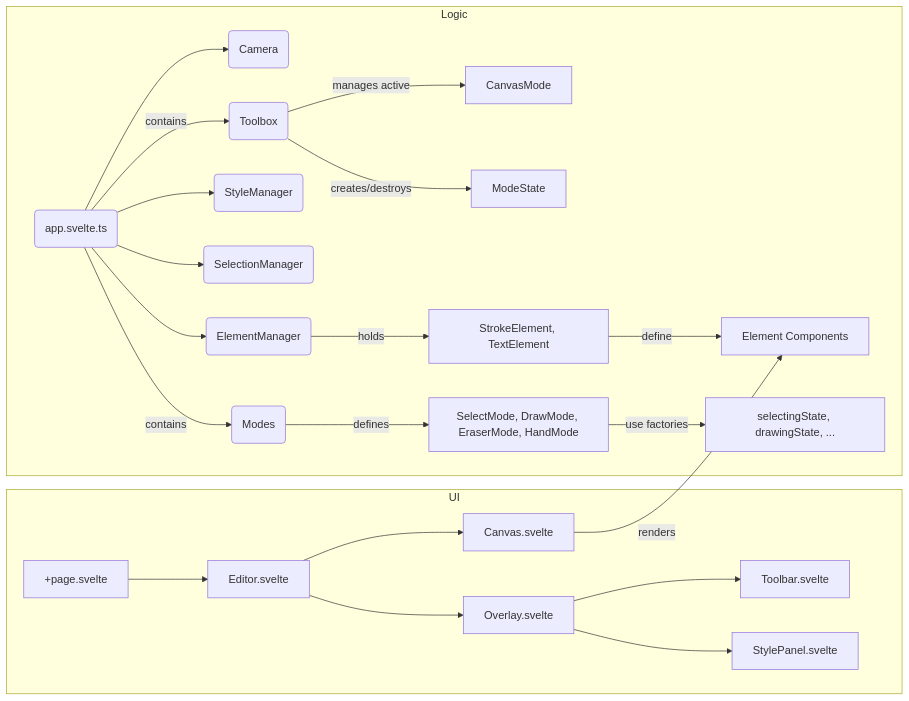
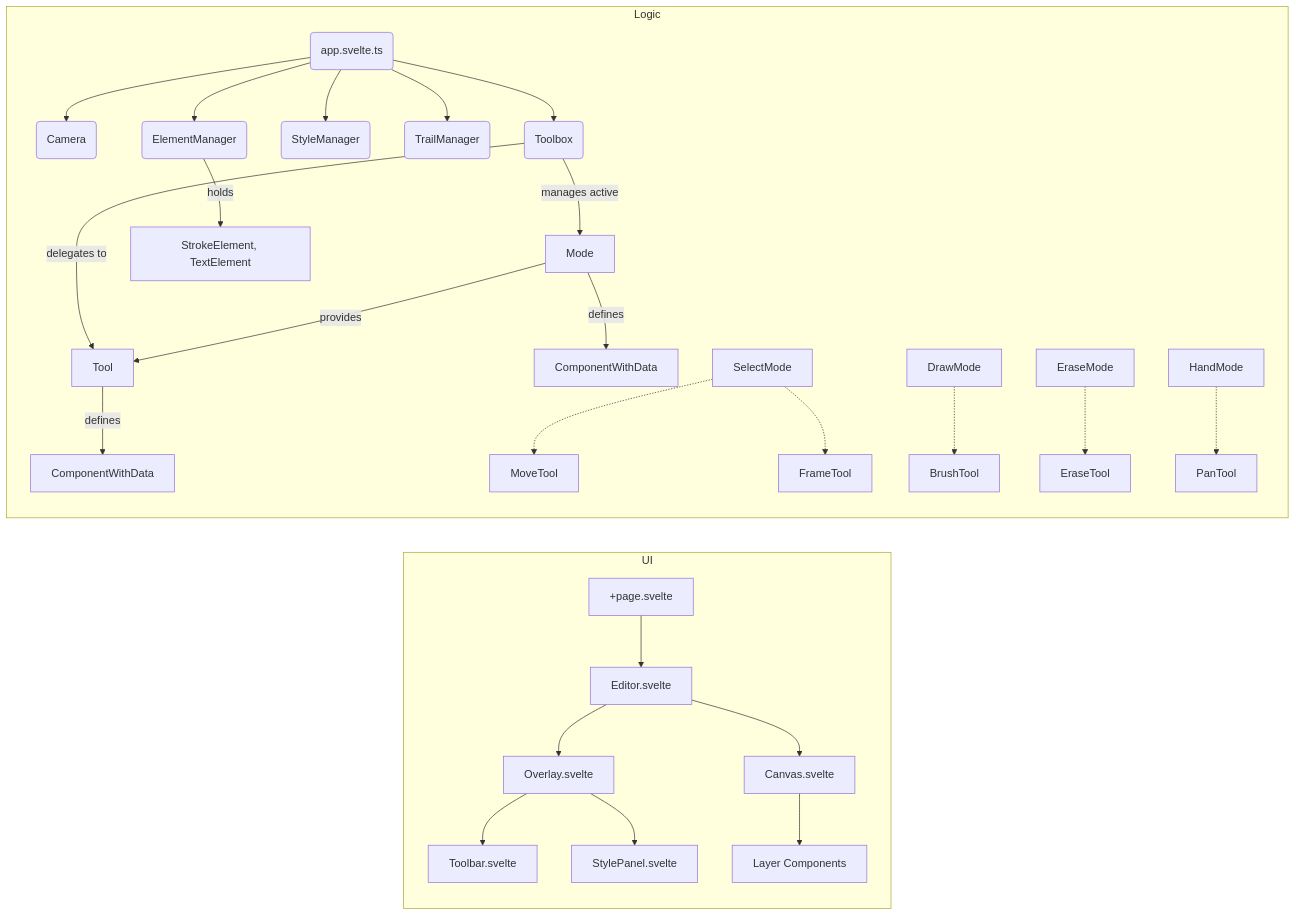
The first of 2 diagrams in README.md (RedthMC/motion-whiteboard), drawn with Mermaid before and after one commit. The commit also changed other lines of this file and 7 other files, not shown here.

Commit message:
tool and mode refactor

````diff
--- a/README.md
+++ b/README.md
@@ -11,32 +11,35 @@
 ```mermaid
 graph LR
     subgraph UI
         Page[+page.svelte] --> Editor[Editor.svelte]
         Editor --> Canvas[Canvas.svelte]
         Editor --> Overlay[Overlay.svelte]
         Overlay --> Toolbar[Toolbar.svelte]
         Overlay --> StylePanel[StylePanel.svelte]
+        Canvas --> DynamicLayers[Layer Components]
     end
 
-    Canvas -- "renders" --> ElementComponents[Element Components]
-    
     subgraph Logic
       AppState(app.svelte.ts)
       AppState --> Camera(Camera)
       AppState --> ElementManager(ElementManager)
       AppState --> StyleManager(StyleManager)
-      AppState --> SelectionManager(SelectionManager)
+      AppState --> TrailManager(TrailManager)
+      AppState --> Toolbox(Toolbox)
       
-      AppState -- contains --> Modes(Modes)
-      AppState -- contains --> Toolbox(Toolbox)
+      Toolbox -- "manages active" --> Mode[Mode]
+      Toolbox -- "delegates to" --> Tool[Tool]
       
-      Toolbox -- "manages active" --> CurrentMode[CanvasMode]
-      Toolbox -- "creates/destroys" --> CurrentState[ModeState]
+      Mode -- "provides" --> Tool
+      Mode -- "defines" --> ModeLayer[ComponentWithData]
+      Tool -- "defines" --> ToolLayer[ComponentWithData]
       
-      Modes -- "defines" --> ModeTypes[SelectMode, DrawMode, EraserMode, HandMode]
-      ModeTypes -- "use factories" --> StateFactories[selectingState, drawingState, ...]
+      SelectMode -.-> MoveTool
+      SelectMode -.-> FrameTool
+      DrawMode -.-> BrushTool
+      EraseMode -.-> EraseTool
+      HandMode -.-> PanTool
       
       ElementManager -- holds --> Elements[StrokeElement, TextElement]
-      Elements -- define --> ElementComponents
     end
 ```
````
